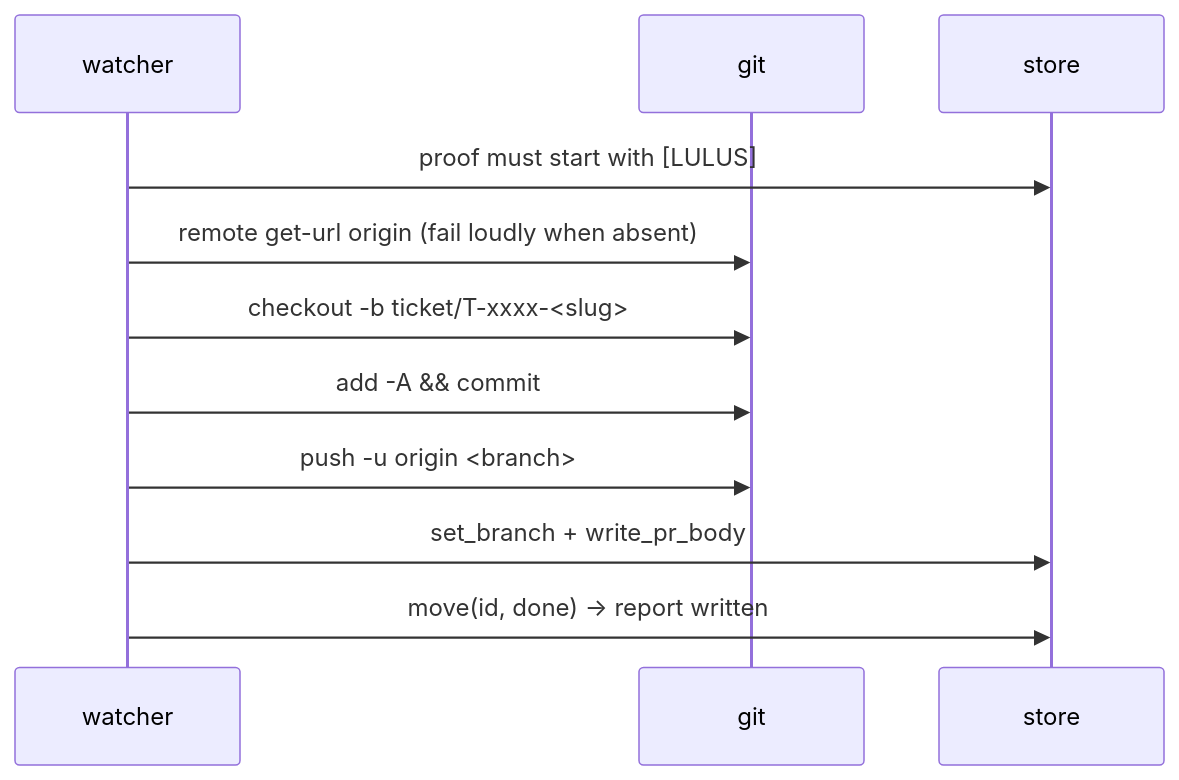
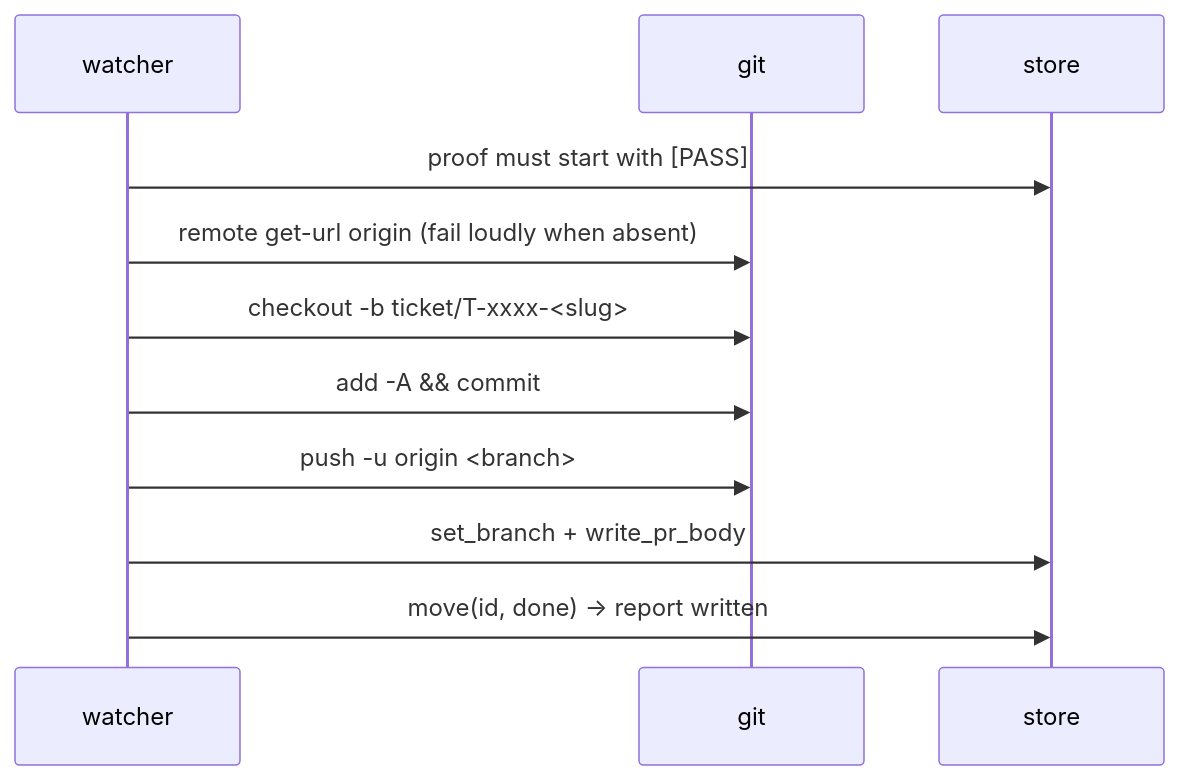
The fourth of 4 diagrams in docs/architecture.md (momokii/t3-workflow), drawn with Mermaid before and after one commit. The commit also changed 29 other files, not shown here.

````diff
--- a/docs/architecture.md
+++ b/docs/architecture.md
@@ -131,13 +131,13 @@
 ```mermaid
 sequenceDiagram
     participant W as watcher
     participant G as git
     participant S as store
-    W->>S: proof must start with [LULUS]
+    W->>S: proof must start with [PASS]
     W->>G: remote get-url origin (fail loudly when absent)
     W->>G: checkout -b ticket/T-xxxx-<slug>
     W->>G: add -A && commit
     W->>G: push -u origin <branch>
     W->>S: set_branch + write_pr_body
     W->>S: move(id, done) → report written
 ```
````
